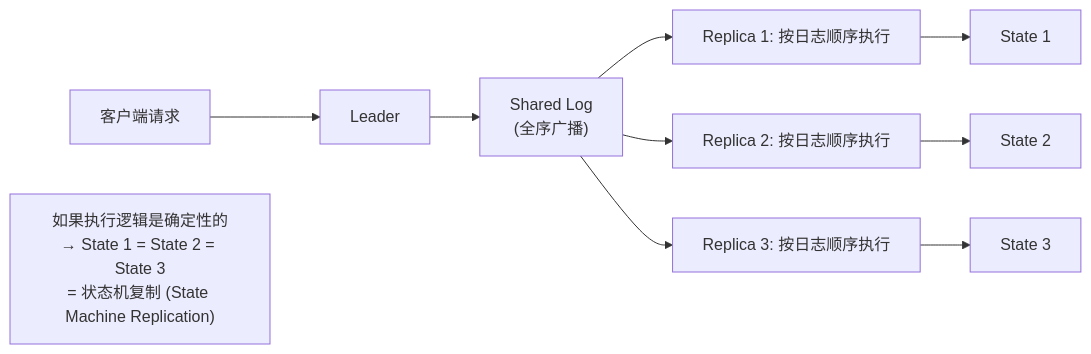
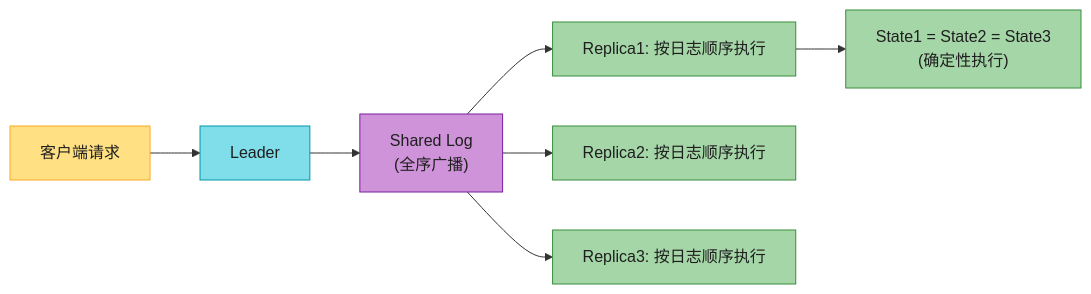
One commit to socoo123/ddia_2nd changed diagram 11 of 37 in ch10-一致性与共识.md. Above: the diagram before and after it, drawn with Mermaid. The commit also changed other lines of this file and 5 other files, not shown here.

````diff
--- a/ch10-一致性与共识.md
+++ b/ch10-一致性与共识.md
@@ -294,12 +509,17 @@
 ```mermaid
-graph LR
+flowchart LR
     CLIENT["客户端请求"] --> LEADER["Leader"]
     LEADER --> LOG["Shared Log<br/>(全序广播)"]
-    LOG --> R1["Replica 1: 按日志顺序执行"]
-    LOG --> R2["Replica 2: 按日志顺序执行"]
-    LOG --> R3["Replica 3: 按日志顺序执行"]
-    R1 --> STATE1["State 1"]
-    R2 --> STATE2["State 2"]
-    R3 --> STATE3["State 3"]
-    NOTE["如果执行逻辑是确定性的<br/>→ State 1 = State 2 = State 3<br/>= 状态机复制 (State Machine Replication)"]
+    LOG --> R1["Replica1: 按日志顺序执行"]
+    LOG --> R2["Replica2: 按日志顺序执行"]
+    LOG --> R3["Replica3: 按日志顺序执行"]
+    R1 --> STATE["State1 = State2 = State3<br/>(确定性执行)"]
+
+    style CLIENT fill:#FFE082,stroke:#F9A825,color:#1f1f1f
+    style LEADER fill:#80DEEA,stroke:#0097A7,color:#1f1f1f
+    style LOG fill:#CE93D8,stroke:#7B1FA2,color:#1f1f1f
+    style R1 fill:#A5D6A7,stroke:#388E3C,color:#1f1f1f
+    style R2 fill:#A5D6A7,stroke:#388E3C,color:#1f1f1f
+    style R3 fill:#A5D6A7,stroke:#388E3C,color:#1f1f1f
+    style STATE fill:#A5D6A7,stroke:#388E3C,color:#1f1f1f
 ```
````
